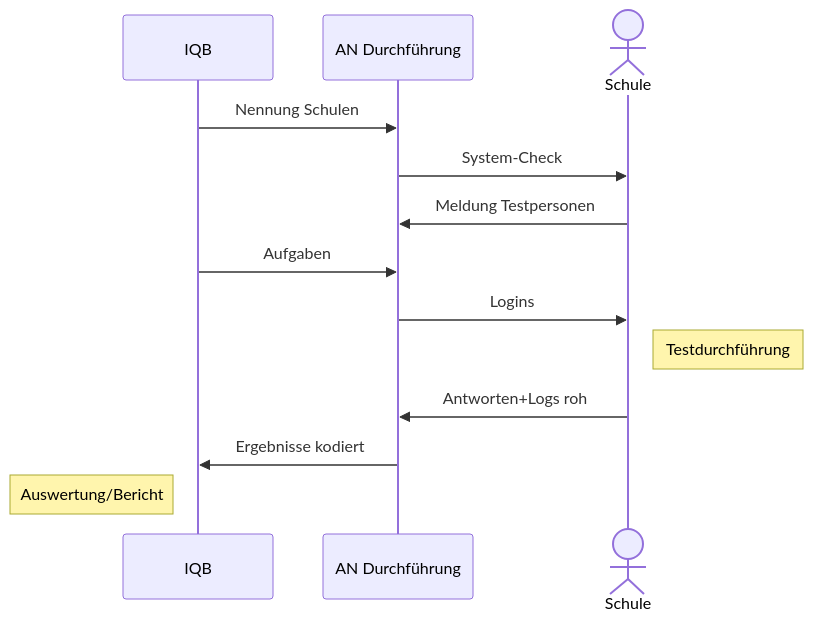
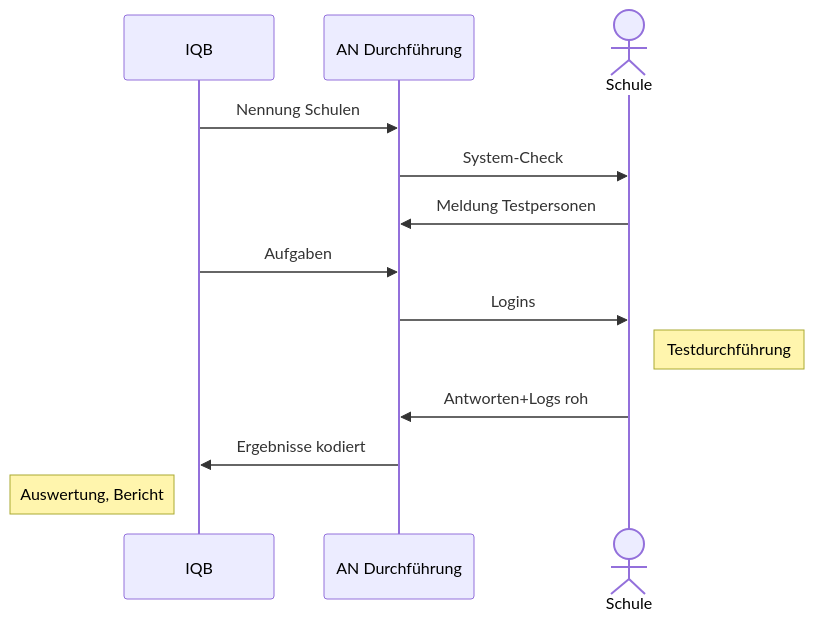
The second of 3 diagrams in intro/tba.qmd (verona-interfaces/verona-interfaces.github.io), drawn with Mermaid before and after one commit. The commit also changed other lines of this file and 3 other files, not shown here.

````diff
--- a/intro/tba.qmd
+++ b/intro/tba.qmd
@@ -75,15 +75,15 @@
 ```{mermaid}
 sequenceDiagram
     participant IQB
     participant AN as AN Durchführung
     Actor Schule
     IQB->>AN: Nennung Schulen
     AN->>Schule: System-Check
     Schule->>AN: Meldung Testpersonen
     IQB->>AN: Aufgaben
     AN->>Schule: Logins
     note right of Schule: Testdurchführung
     Schule->>AN: Antworten+Logs roh
     AN->>IQB: Ergebnisse kodiert
-    note left of IQB: Auswertung/Bericht
+    note left of IQB: Auswertung, Bericht
 ```
````
